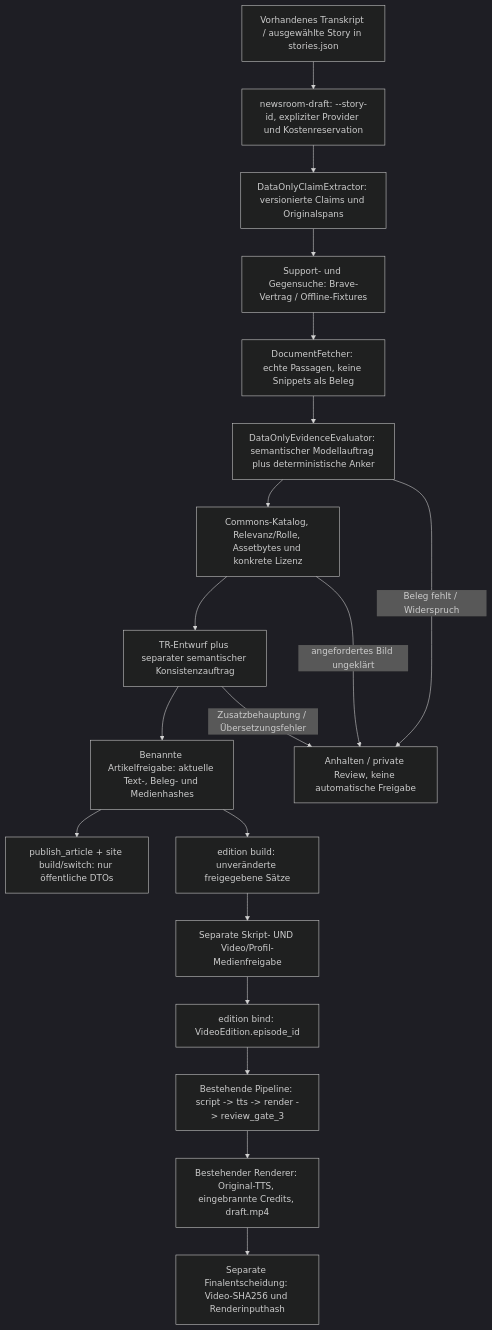
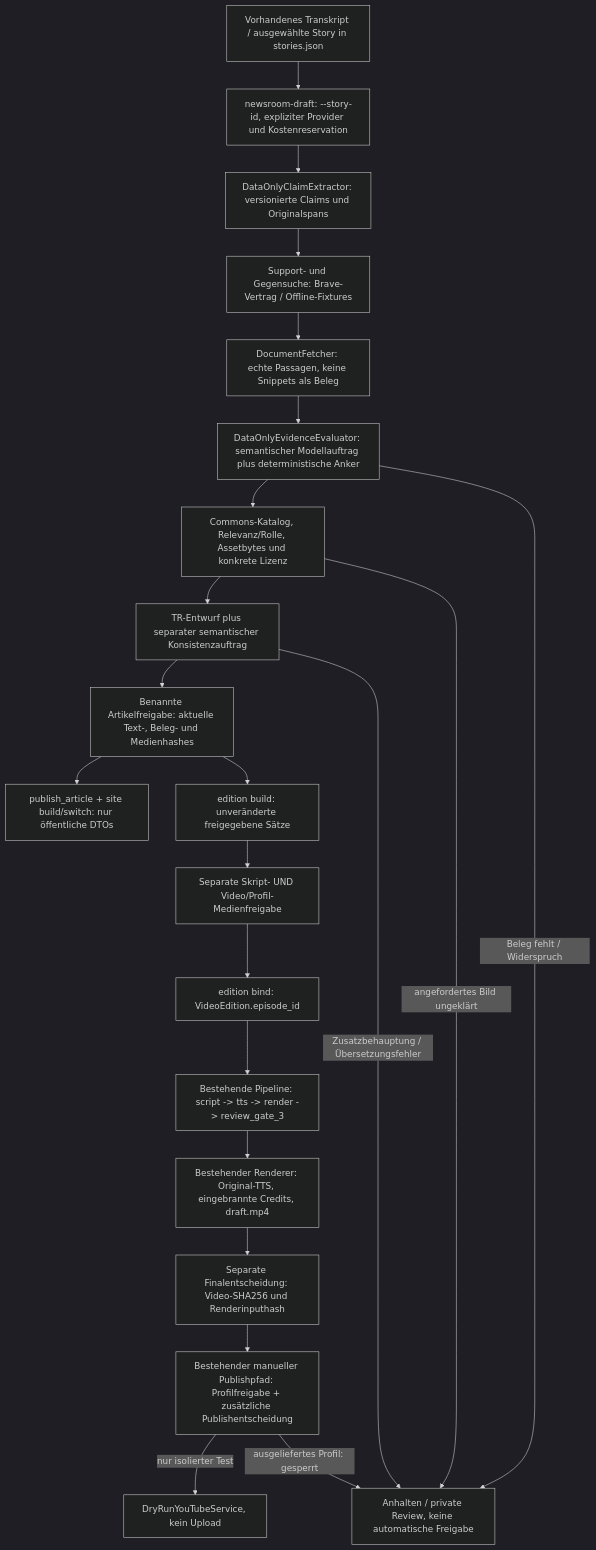
Before and after one commit to demirelh/bitcoin-education: the first of 8 diagrams in docs/plans/almanya24-news-platform/architecture.md, drawn with Mermaid (dark theme). The commit also changed other lines of this file and 2 other files, not shown here.

````diff
--- a/docs/plans/almanya24-news-platform/architecture.md
+++ b/docs/plans/almanya24-news-platform/architecture.md
@@ -15,26 +19,30 @@
 ```mermaid
 flowchart TD
     T["Vorhandenes Transkript / ausgewählte Story in stories.json"]
     D["newsroom-draft: --story-id, expliziter Provider und Kostenreservation"]
     C["DataOnlyClaimExtractor: versionierte Claims und Originalspans"]
     S["Support- und Gegensuche: Brave-Vertrag / Offline-Fixtures"]
     F["DocumentFetcher: echte Passagen, keine Snippets als Beleg"]
     E["DataOnlyEvidenceEvaluator: semantischer Modellauftrag plus deterministische Anker"]
     M["Commons-Katalog, Relevanz/Rolle, Assetbytes und konkrete Lizenz"]
     A["TR-Entwurf plus separater semantischer Konsistenzauftrag"]
     G["Benannte Artikelfreigabe: aktuelle Text-, Beleg- und Medienhashes"]
     W["publish_article + site build/switch: nur öffentliche DTOs"]
     V["edition build: unveränderte freigegebene Sätze"]
     VG["Separate Skript- UND Video/Profil-Medienfreigabe"]
     B["edition bind: VideoEdition.episode_id"]
     P["Bestehende Pipeline: script -> tts -> render -> review_gate_3"]
     R["Bestehender Renderer: Original-TTS, eingebrannte Credits, draft.mp4"]
     FG["Separate Finalentscheidung: Video-SHA256 und Renderinputhash"]
+    UP["Bestehender manueller Publishpfad: Profilfreigabe + zusätzliche Publishentscheidung"]
     X["Anhalten / private Review, keine automatische Freigabe"]
     T --> D --> C --> S --> F --> E --> M --> A --> G
     E -->|Beleg fehlt / Widerspruch| X
     M -->|angefordertes Bild ungeklärt| X
     A -->|Zusatzbehauptung / Übersetzungsfehler| X
     G --> W
     G --> V --> VG --> B --> P --> R --> FG
+    FG --> UP
+    UP -->|"ausgeliefertes Profil: gesperrt"| X
+    UP -->|"nur isolierter Test"| DR["DryRunYouTubeService, kein Upload"]
 ```
````
